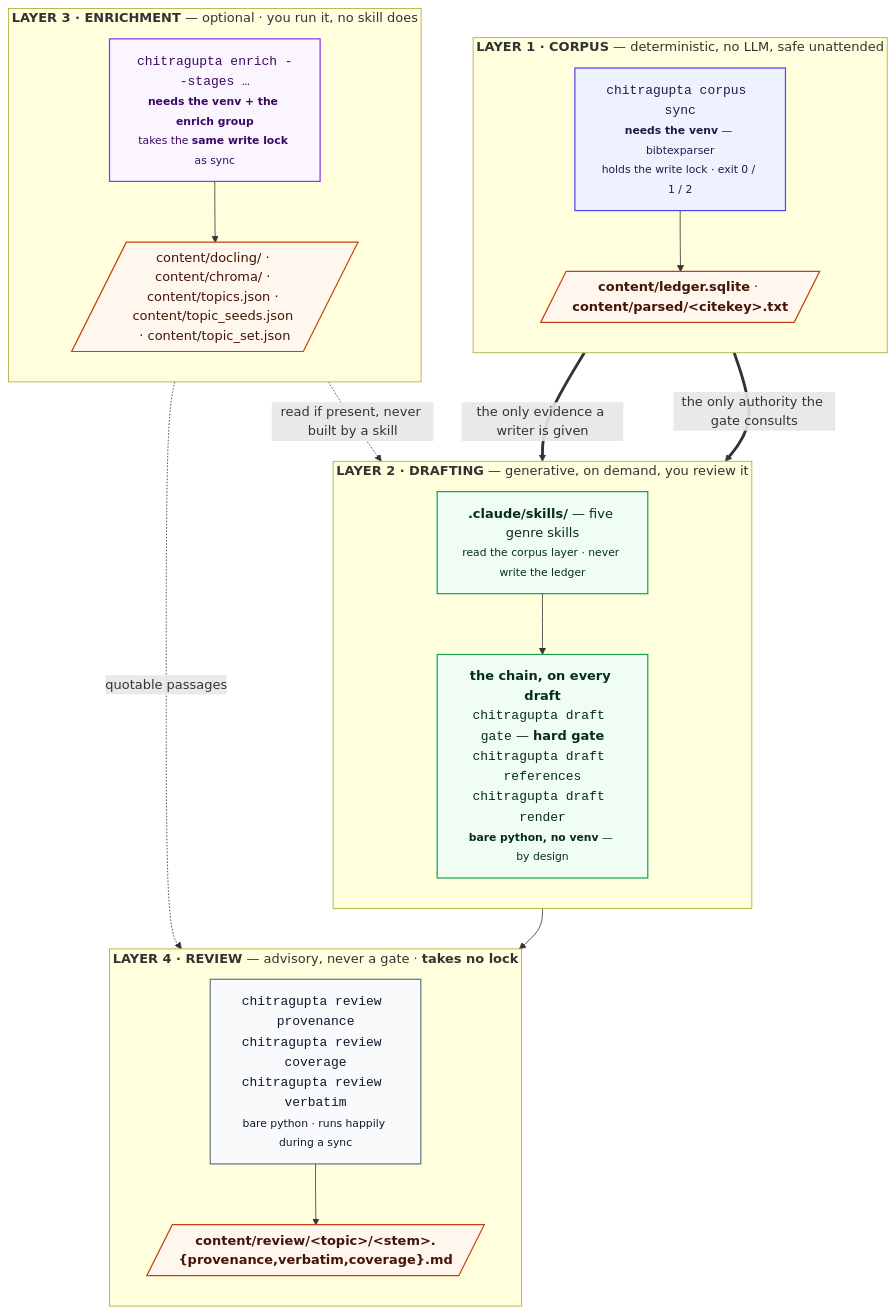
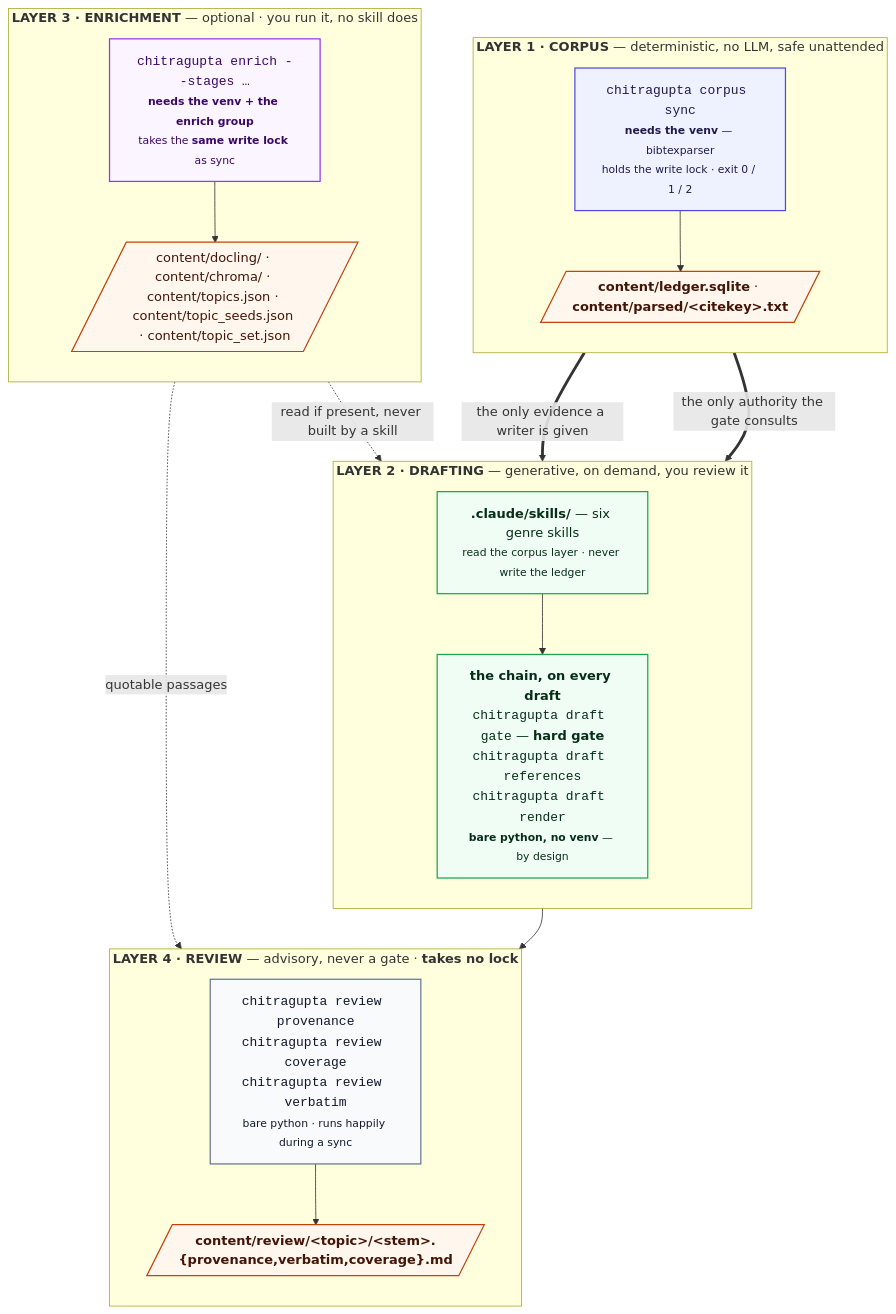
Before and after one commit to prasadtalasila/chitragupta: the diagram in docs/ARCHITECTURE.md, drawn with Mermaid. The commit also changed other lines of this file and 83 other files, not shown here.

````diff
--- a/docs/ARCHITECTURE.md
+++ b/docs/ARCHITECTURE.md
@@ -63,49 +63,49 @@
 ```mermaid
 flowchart TB
 
   subgraph J1["<b>LAYER 1 · CORPUS</b> — deterministic, no LLM, safe unattended"]
     direction TB
     SYNC["<code>chitragupta corpus sync</code><br/><small><b>needs the venv</b> — bibtexparser<br/>holds the write lock · exit 0 / 1 / 2</small>"]
     OUT1[/"<b>content/ledger.sqlite</b> · <b>content/parsed/&lt;citekey&gt;.txt</b>"/]
     SYNC --> OUT1
   end
 
   subgraph J2["<b>LAYER 2 · DRAFTING</b> — generative, on demand, you review it"]
     direction TB
-    SKILL["<b>.claude/skills/</b> — five genre skills<br/><small>read the corpus layer · never write the ledger</small>"]
+    SKILL["<b>.claude/skills/</b> — six genre skills<br/><small>read the corpus layer · never write the ledger</small>"]
     CHAIN["<b>the chain, on every draft</b><br/><code>chitragupta draft gate</code> — <b>hard gate</b><br/><code>chitragupta draft references</code><br/><code>chitragupta draft render</code><br/><small><b>bare python, no venv</b> — by design</small>"]
     SKILL --> CHAIN
   end
 
   subgraph JH["<b>LAYER 3 · ENRICHMENT</b> — optional · you run it, no skill does"]
     direction TB
     FULL["<code>chitragupta enrich --stages …</code><br/><small><b>needs the venv + the enrich group</b><br/>takes the <b>same write lock</b> as sync</small>"]
     OUT3[/"content/docling/ · content/chroma/ · content/topics.json · content/topic_seeds.json · content/topic_set.json"/]
     FULL --> OUT3
   end
 
   subgraph AID["<b>LAYER 4 · REVIEW</b> — advisory, never a gate · <b>takes no lock</b>"]
     direction TB
     A["<code>chitragupta review provenance</code><br/><code>chitragupta review coverage</code><br/><code>chitragupta review verbatim</code><br/><small>bare python · runs happily during a sync</small>"]
     OUT4[/"<b>content/review/&lt;topic&gt;/&lt;stem&gt;.{provenance,verbatim,coverage}.md</b>"/]
     A --> OUT4
   end
 
   OUT1 == "the only evidence a writer is given" ==> SKILL
   OUT1 == "the only authority the gate consults" ==> CHAIN
   OUT3 -. "read if present, never built by a skill" .-> SKILL
   OUT3 -. "quotable passages" .-> A
   CHAIN --> A
 
   classDef det fill:#eef2ff,stroke:#4f46e5,stroke-width:1.5px,color:#1e1b4b
   classDef gen fill:#f0fdf4,stroke:#16a34a,stroke-width:1.5px,color:#052e16
   classDef heavy fill:#faf5ff,stroke:#9333ea,stroke-width:1.5px,color:#3b0764
   classDef store fill:#fff7ed,stroke:#c2410c,stroke-width:1.5px,color:#431407
   classDef aid fill:#f8fafc,stroke:#64748b,stroke-width:1.5px,color:#0f172a
 
   class SYNC det
   class SKILL,CHAIN gen
   class FULL heavy
   class OUT1,OUT3,OUT4 store
   class A aid
 ```
````
